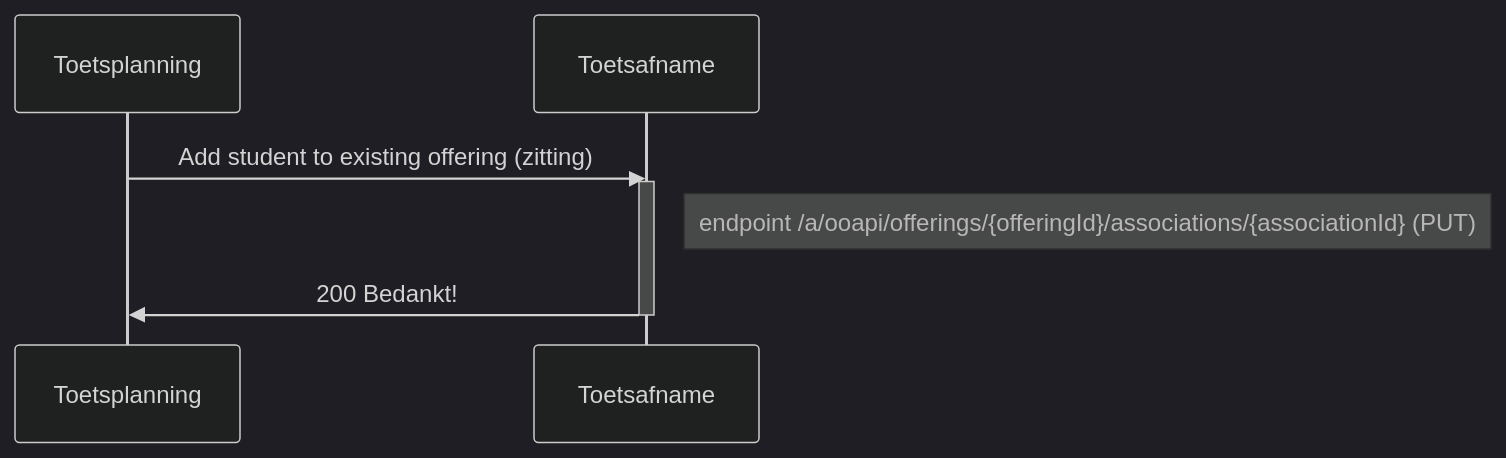
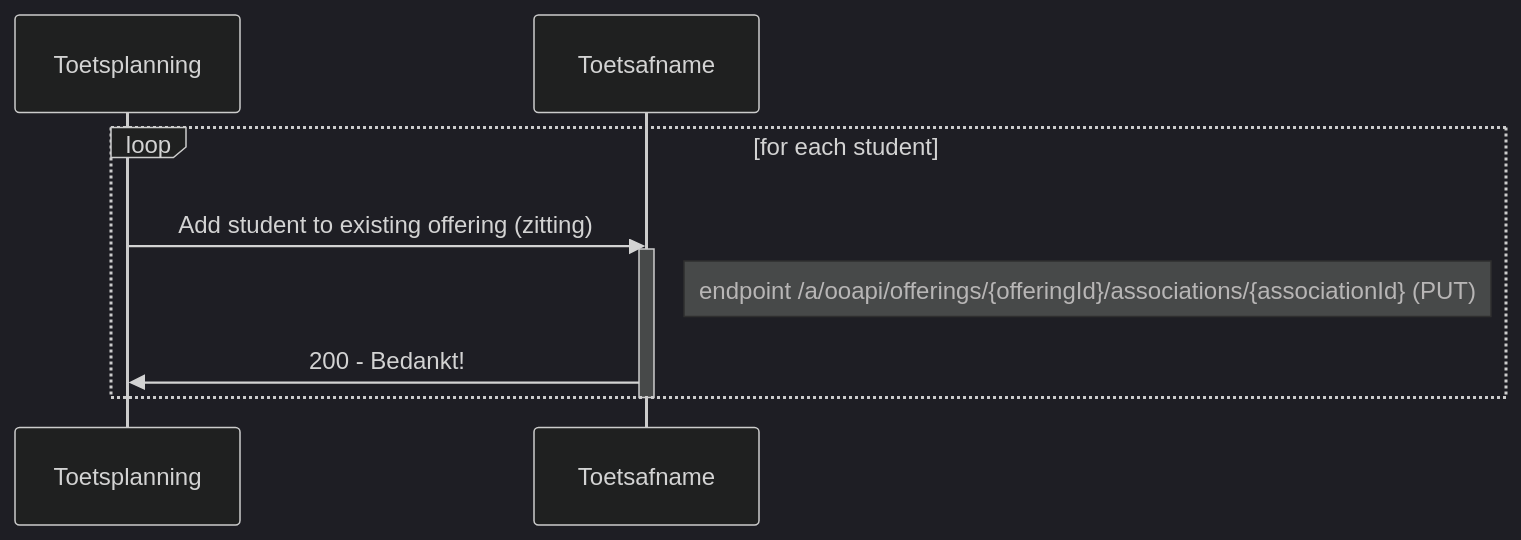
One commit to NetwerkExamineringDigitalisering/NED-OOAPI changed the fifth of 8 diagrams in doc/flow2.md. Above: the diagram before and after it, drawn with Mermaid (dark theme). The commit also changed other lines of this file, not shown here.

First line of the commit message:
Update flow2.md

````diff
--- a/doc/flow2.md
+++ b/doc/flow2.md
@@ -237,8 +237,10 @@
 ```mermaid
 sequenceDiagram
-    Toetsplanning->>Toetsafname: Add student to existing offering (zitting)
-    activate Toetsafname
-    Note right of Toetsafname: endpoint /a/ooapi/offerings/{offeringId}/associations/{associationId} (PUT)
-    Toetsafname->>Toetsplanning: 200 Bedankt!
+    loop for each student
+        Toetsplanning->>Toetsafname: Add student to existing offering (zitting)
+        activate Toetsafname
+        Note right of Toetsafname: endpoint /a/ooapi/offerings/{offeringId}/associations/{associationId} (PUT)
+        Toetsafname->>Toetsplanning: 200 - Bedankt!
+    end
     deactivate Toetsafname
 ```
````
